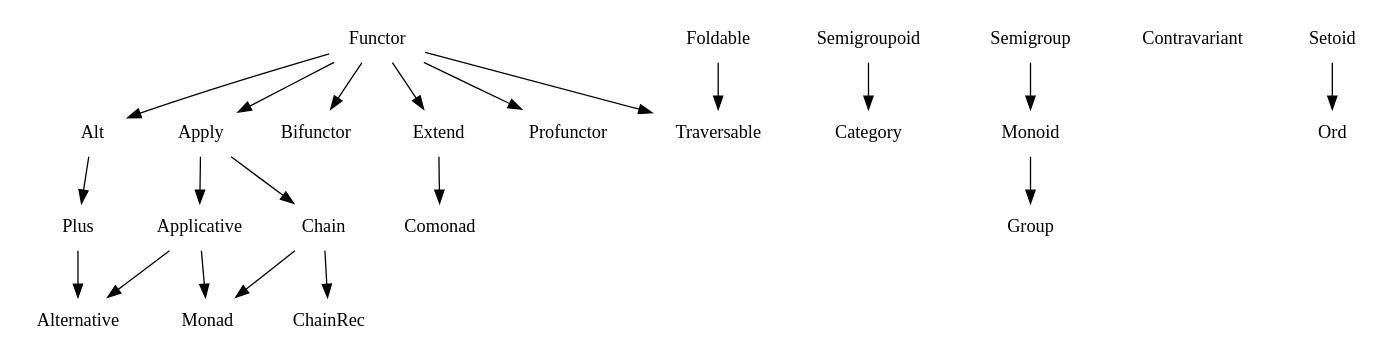
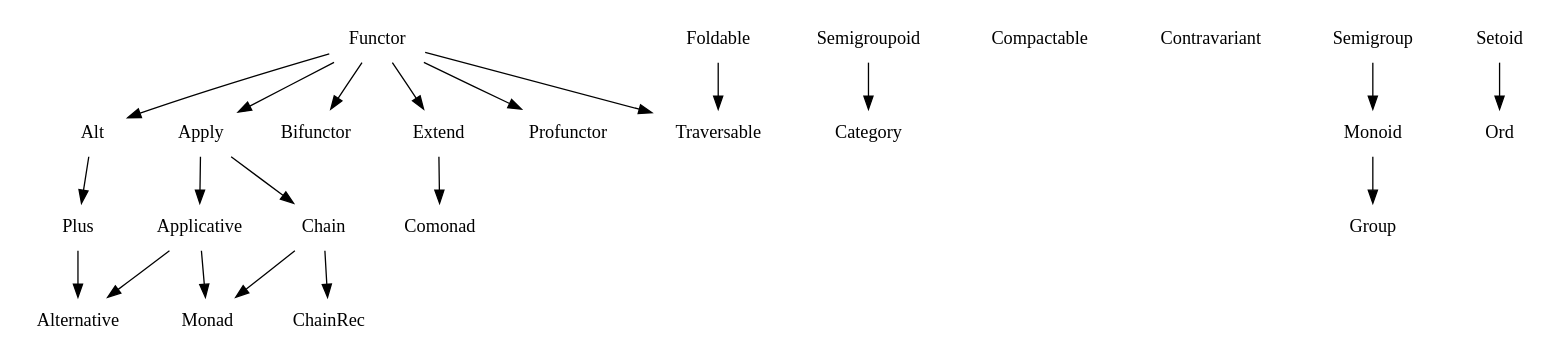
Before and after one commit to fantasyland/fantasy-land: the diagram in figures/dependencies.dot, drawn with Graphviz. The commit also changed 4 other files, not shown here.

```diff
--- a/figures/dependencies.dot
+++ b/figures/dependencies.dot
@@ -1,50 +1,51 @@
 digraph {
   node [shape=plaintext]
 
   # Algebras
   Alt;
   Alternative;
   Applicative;
   Apply;
   Bifunctor;
   Category;
   Chain;
   ChainRec;
   Comonad;
+  Compactable;
+  Contravariant;
   Extend;
   Foldable;
   Functor;
   Group;
-  Contravariant;
   Monad;
   Monoid;
   Ord;
   Plus;
   Profunctor;
   Semigroup;
   Semigroupoid;
   Setoid;
   Traversable;
 
   # Dependencies
   Alt -> Plus;
   Applicative -> Alternative;
   Applicative -> Monad;
   Apply -> Applicative;
   Apply -> Chain;
   Chain -> ChainRec;
   Chain -> Monad;
   Extend -> Comonad;
   Foldable -> Traversable;
   Functor -> Alt;
   Functor -> Apply;
   Functor -> Bifunctor;
   Functor -> Extend;
   Functor -> Profunctor;
   Functor -> Traversable;
   Monoid -> Group;
   Plus -> Alternative;
   Semigroup -> Monoid;
   Semigroupoid -> Category;
   Setoid -> Ord;
 }
```
